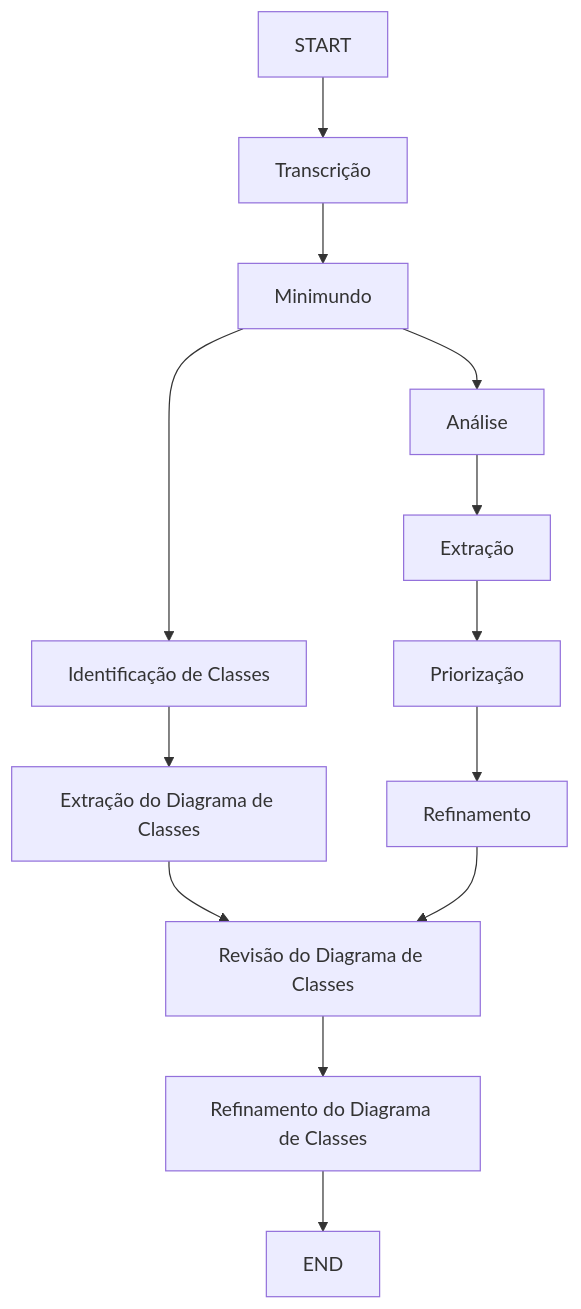
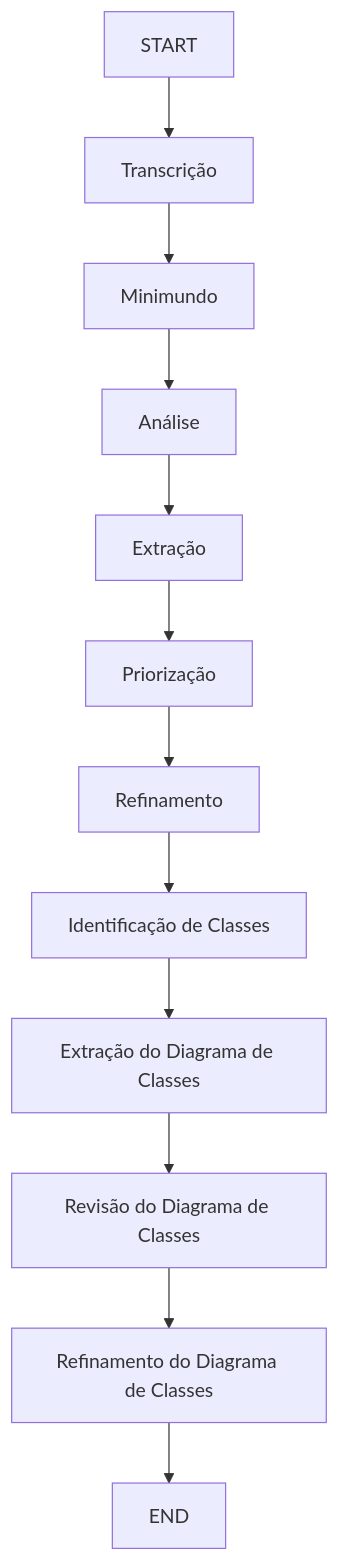
One commit to guilhermbc/leds-conectafapes-RequirementsAI changed the diagram in webhook_server/agents/classDiagram/classDiagram.md. Above: the diagram before and after it, drawn with Mermaid. The commit also changed other lines of this file and 3 other files, not shown here.

Commit message:
feat: ajuste no grafo e no estado para incluir os nos de diagrama de classe

````diff
--- a/webhook_server/agents/classDiagram/classDiagram.md
+++ b/webhook_server/agents/classDiagram/classDiagram.md
@@ -20,15 +22,14 @@
 ```mermaid
 graph TD
     T0[START] --> T1[Transcrição]
     T1 --> T2[Minimundo]
-    T2 --> T3A[Análise]
-    T3A --> T4A[Extração]
-    T4A --> T5A[Priorização]
-    T5A --> T6A[Refinamento]
-    T2 --> T3B[Identificação de Classes]
-    T3B --> T4B[Extração do Diagrama de Classes]
-    T4B --> T5B[Revisão do Diagrama de Classes]
-    T6A --> T5B
-    T5B --> T6B[Refinamento do Diagrama de Classes]
-    T6B --> T7[END]
+    T2 --> T3[Análise]
+    T3 --> T4[Extração]
+    T4 --> T5[Priorização]
+    T5 --> T6[Refinamento]
+    T6 --> T7[Identificação de Classes]
+    T7 --> T8[Extração do Diagrama de Classes]
+    T8 --> T9[Revisão do Diagrama de Classes]
+    T9 --> T10[Refinamento do Diagrama de Classes]
+    T10 --> T11[END]
 ```
````
